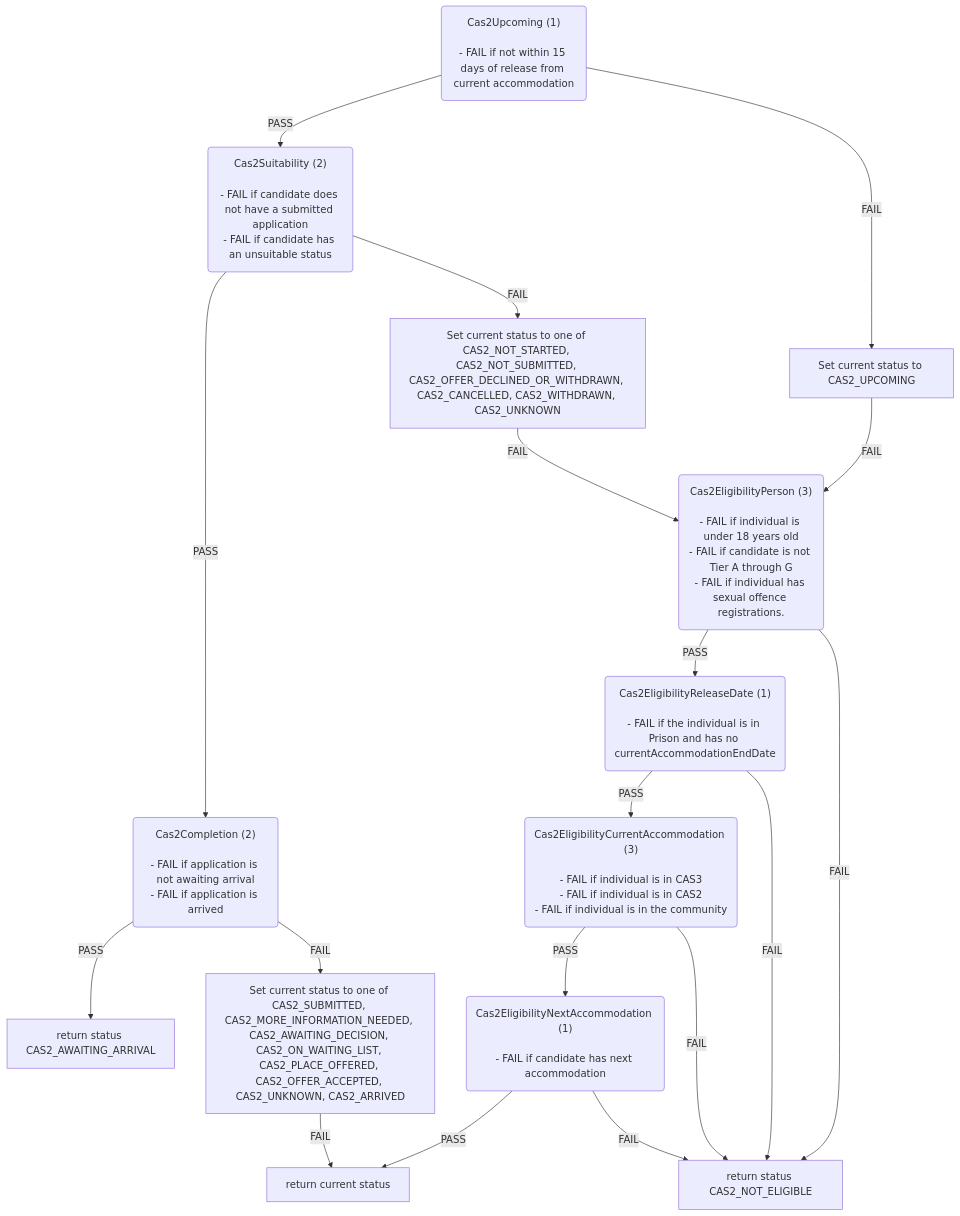
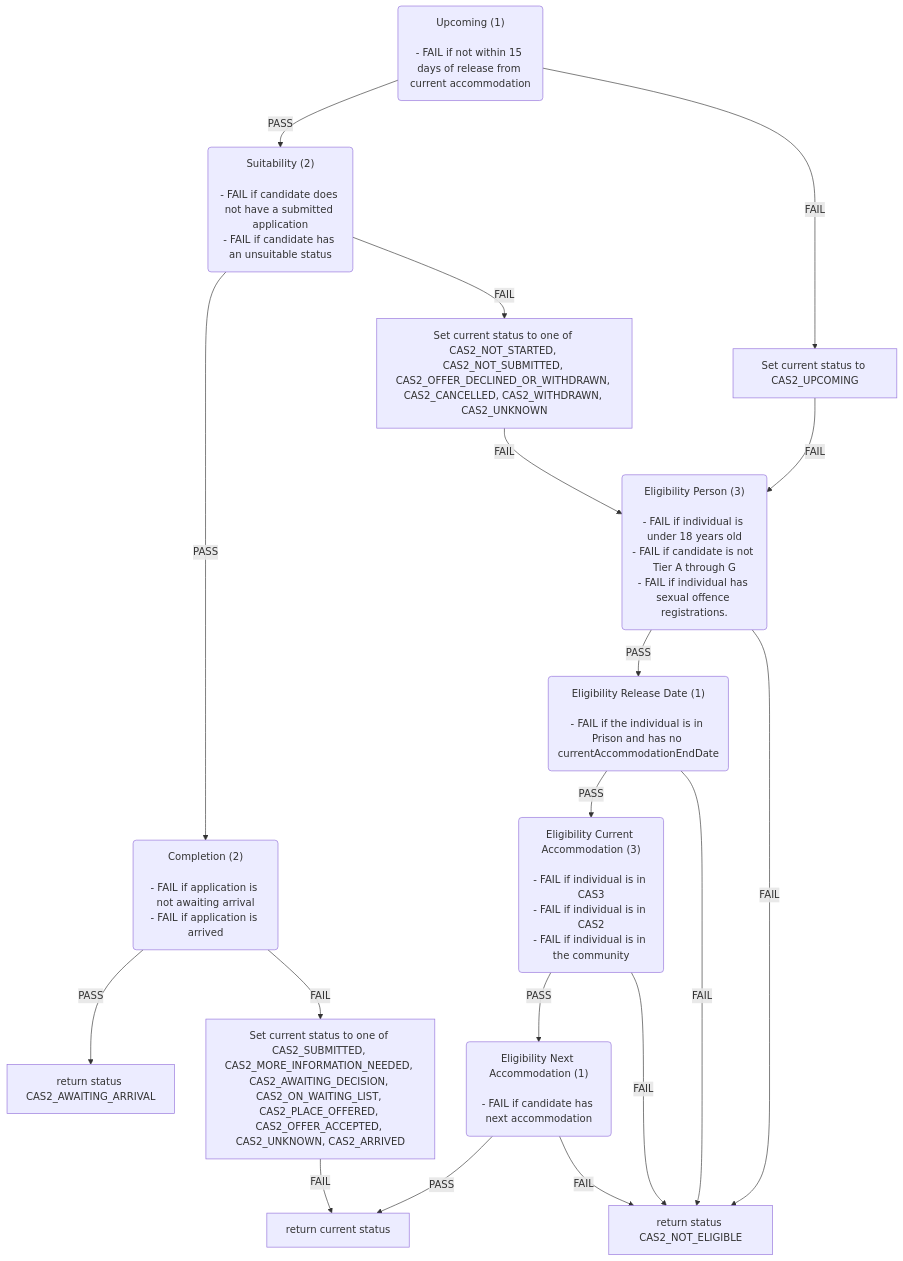
The second of 6 diagrams in docs/eligibility-rules-graph.md (ministryofjustice/hmpps-single-accommodation-service-api), drawn with Mermaid before and after one commit. The commit also changed other lines of this file and 41 other files, not shown here.

First line of the commit message:
Improve rules graph rule set labelling (#805)

````diff
--- a/docs/eligibility-rules-graph.md
+++ b/docs/eligibility-rules-graph.md
@@ -104,53 +104,53 @@
 ```mermaid
 flowchart TD
-  Cas2Upcoming("Cas2Upcoming (1)
+  Upcoming("Upcoming (1)
 
 - FAIL if not within 15 days of release from current accommodation")
-  Cas2Suitability("Cas2Suitability (2)
+  Suitability("Suitability (2)
 
 - FAIL if candidate does not have a submitted application
 - FAIL if candidate has an unsuitable status")
-  Cas2Completion("Cas2Completion (2)
+  Completion("Completion (2)
 
 - FAIL if application is not awaiting arrival
 - FAIL if application is arrived")
   return_status_CAS2_AWAITING_ARRIVAL["return status CAS2_AWAITING_ARRIVAL"]
   Set_current_status_to_one_of_CAS2_SUBMITTED__CAS2_MORE_INFORMATION_NEEDED__CAS2_AWAITING_DECISION__CAS2_ON_WAITING_LIST__CAS2_PLACE_OFFERED__CAS2_OFFER_ACCEPTED__CAS2_UNKNOWN__CAS2_ARRIVED["Set current status to one of CAS2_SUBMITTED, CAS2_MORE_INFORMATION_NEEDED, CAS2_AWAITING_DECISION, CAS2_ON_WAITING_LIST, CAS2_PLACE_OFFERED, CAS2_OFFER_ACCEPTED, CAS2_UNKNOWN, CAS2_ARRIVED"]
   return_current_status["return current status"]
   Set_current_status_to_one_of_CAS2_NOT_STARTED__CAS2_NOT_SUBMITTED__CAS2_OFFER_DECLINED_OR_WITHDRAWN__CAS2_CANCELLED__CAS2_WITHDRAWN__CAS2_UNKNOWN["Set current status to one of CAS2_NOT_STARTED, CAS2_NOT_SUBMITTED, CAS2_OFFER_DECLINED_OR_WITHDRAWN, CAS2_CANCELLED, CAS2_WITHDRAWN, CAS2_UNKNOWN"]
-  Cas2EligibilityPerson("Cas2EligibilityPerson (3)
+  Eligibility_Person("Eligibility Person (3)
 
 - FAIL if individual is under 18 years old
 - FAIL if candidate is not Tier A through G
 - FAIL if individual has sexual offence registrations.")
-  Cas2EligibilityReleaseDate("Cas2EligibilityReleaseDate (1)
+  Eligibility_Release_Date("Eligibility Release Date (1)
 
 - FAIL if the individual is in Prison and has no currentAccommodationEndDate")
-  Cas2EligibilityCurrentAccommodation("Cas2EligibilityCurrentAccommodation (3)
+  Eligibility_Current_Accommodation("Eligibility Current Accommodation (3)
 
 - FAIL if individual is in CAS3
 - FAIL if individual is in CAS2
 - FAIL if individual is in the community")
-  Cas2EligibilityNextAccommodation("Cas2EligibilityNextAccommodation (1)
+  Eligibility_Next_Accommodation("Eligibility Next Accommodation (1)
 
 - FAIL if candidate has next accommodation")
   return_status_CAS2_NOT_ELIGIBLE["return status CAS2_NOT_ELIGIBLE"]
   Set_current_status_to_CAS2_UPCOMING["Set current status to CAS2_UPCOMING"]
-  Cas2Completion -->|PASS| return_status_CAS2_AWAITING_ARRIVAL
-  Cas2Completion -->|FAIL| Set_current_status_to_one_of_CAS2_SUBMITTED__CAS2_MORE_INFORMATION_NEEDED__CAS2_AWAITING_DECISION__CAS2_ON_WAITING_LIST__CAS2_PLACE_OFFERED__CAS2_OFFER_ACCEPTED__CAS2_UNKNOWN__CAS2_ARRIVED
+  Completion -->|PASS| return_status_CAS2_AWAITING_ARRIVAL
+  Completion -->|FAIL| Set_current_status_to_one_of_CAS2_SUBMITTED__CAS2_MORE_INFORMATION_NEEDED__CAS2_AWAITING_DECISION__CAS2_ON_WAITING_LIST__CAS2_PLACE_OFFERED__CAS2_OFFER_ACCEPTED__CAS2_UNKNOWN__CAS2_ARRIVED
   Set_current_status_to_one_of_CAS2_SUBMITTED__CAS2_MORE_INFORMATION_NEEDED__CAS2_AWAITING_DECISION__CAS2_ON_WAITING_LIST__CAS2_PLACE_OFFERED__CAS2_OFFER_ACCEPTED__CAS2_UNKNOWN__CAS2_ARRIVED -->|FAIL| return_current_status
-  Cas2Suitability -->|PASS| Cas2Completion
-  Cas2Suitability -->|FAIL| Set_current_status_to_one_of_CAS2_NOT_STARTED__CAS2_NOT_SUBMITTED__CAS2_OFFER_DECLINED_OR_WITHDRAWN__CAS2_CANCELLED__CAS2_WITHDRAWN__CAS2_UNKNOWN
-  Cas2EligibilityNextAccommodation -->|PASS| return_current_status
-  Cas2EligibilityNextAccommodation -->|FAIL| return_status_CAS2_NOT_ELIGIBLE
-  Cas2EligibilityCurrentAccommodation -->|PASS| Cas2EligibilityNextAccommodation
-  Cas2EligibilityCurrentAccommodation -->|FAIL| return_status_CAS2_NOT_ELIGIBLE
-  Cas2EligibilityReleaseDate -->|PASS| Cas2EligibilityCurrentAccommodation
-  Cas2EligibilityReleaseDate -->|FAIL| return_status_CAS2_NOT_ELIGIBLE
-  Cas2EligibilityPerson -->|PASS| Cas2EligibilityReleaseDate
-  Cas2EligibilityPerson -->|FAIL| return_status_CAS2_NOT_ELIGIBLE
-  Set_current_status_to_one_of_CAS2_NOT_STARTED__CAS2_NOT_SUBMITTED__CAS2_OFFER_DECLINED_OR_WITHDRAWN__CAS2_CANCELLED__CAS2_WITHDRAWN__CAS2_UNKNOWN -->|FAIL| Cas2EligibilityPerson
-  Cas2Upcoming -->|PASS| Cas2Suitability
-  Cas2Upcoming -->|FAIL| Set_current_status_to_CAS2_UPCOMING
-  Set_current_status_to_CAS2_UPCOMING -->|FAIL| Cas2EligibilityPerson
+  Suitability -->|PASS| Completion
+  Suitability -->|FAIL| Set_current_status_to_one_of_CAS2_NOT_STARTED__CAS2_NOT_SUBMITTED__CAS2_OFFER_DECLINED_OR_WITHDRAWN__CAS2_CANCELLED__CAS2_WITHDRAWN__CAS2_UNKNOWN
+  Eligibility_Next_Accommodation -->|PASS| return_current_status
+  Eligibility_Next_Accommodation -->|FAIL| return_status_CAS2_NOT_ELIGIBLE
+  Eligibility_Current_Accommodation -->|PASS| Eligibility_Next_Accommodation
+  Eligibility_Current_Accommodation -->|FAIL| return_status_CAS2_NOT_ELIGIBLE
+  Eligibility_Release_Date -->|PASS| Eligibility_Current_Accommodation
+  Eligibility_Release_Date -->|FAIL| return_status_CAS2_NOT_ELIGIBLE
+  Eligibility_Person -->|PASS| Eligibility_Release_Date
+  Eligibility_Person -->|FAIL| return_status_CAS2_NOT_ELIGIBLE
+  Set_current_status_to_one_of_CAS2_NOT_STARTED__CAS2_NOT_SUBMITTED__CAS2_OFFER_DECLINED_OR_WITHDRAWN__CAS2_CANCELLED__CAS2_WITHDRAWN__CAS2_UNKNOWN -->|FAIL| Eligibility_Person
+  Upcoming -->|PASS| Suitability
+  Upcoming -->|FAIL| Set_current_status_to_CAS2_UPCOMING
+  Set_current_status_to_CAS2_UPCOMING -->|FAIL| Eligibility_Person
 ```
````
